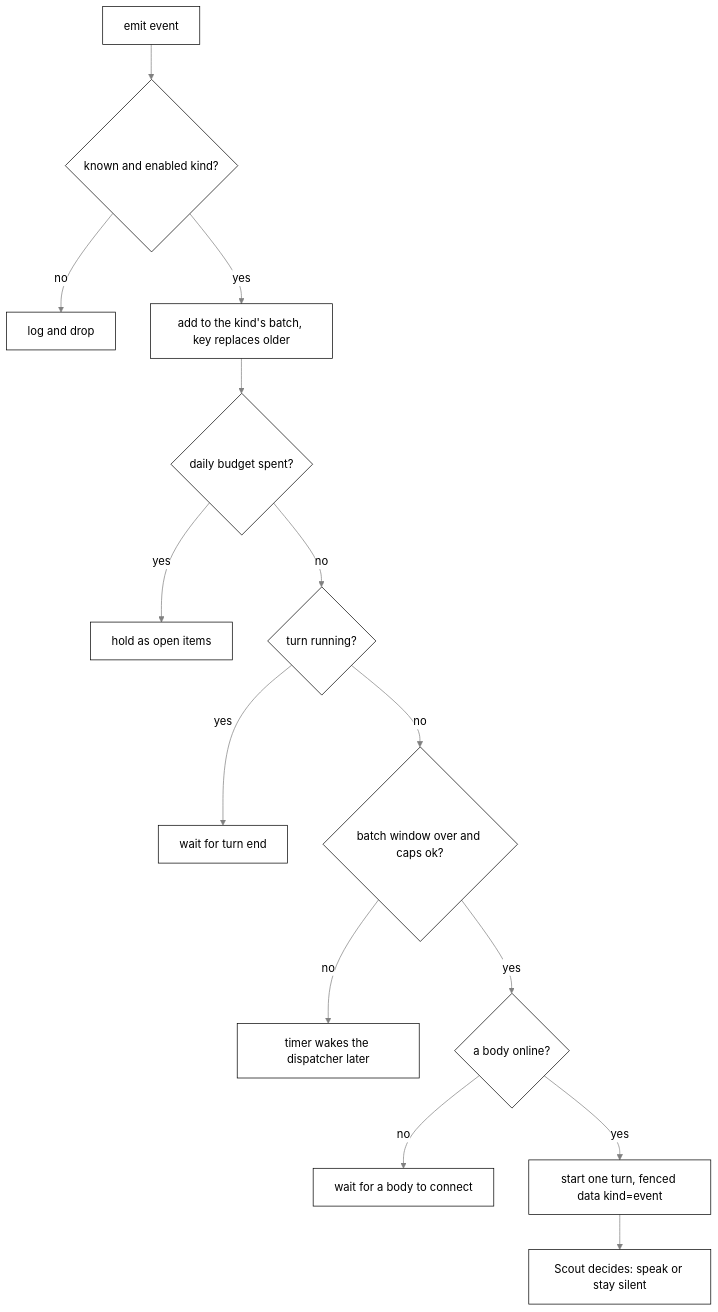
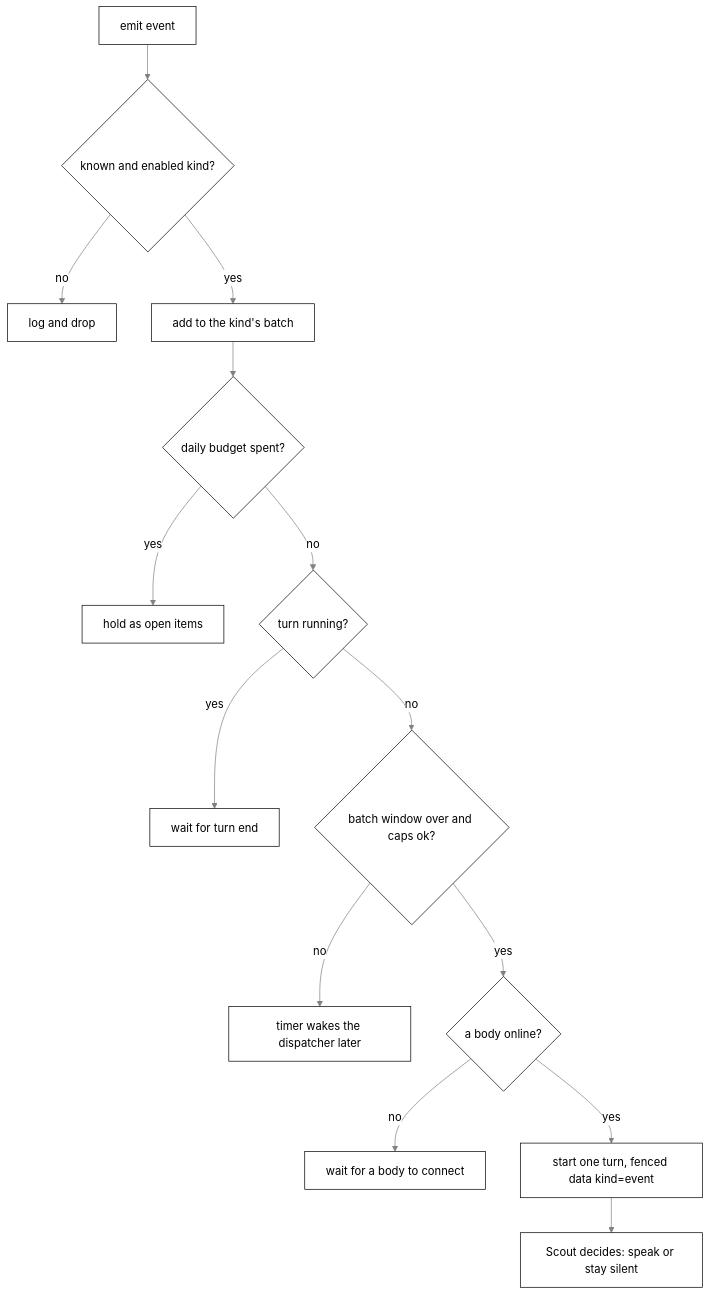
The ninth of 15 diagrams in docs/brain.md (nadeem4/tagalong), drawn with Mermaid before and after one commit. The commit also changed other lines of this file and 55 other files, not shown here.

````diff
--- a/docs/brain.md
+++ b/docs/brain.md
@@ -1622,17 +1626,17 @@
 ```mermaid
 %%{init: {"theme": "base", "themeVariables": {"primaryColor": "#ffffff", "primaryTextColor": "#000000", "primaryBorderColor": "#000000", "lineColor": "#808080", "arrowheadColor": "#808080", "secondaryColor": "#f2f2f2", "tertiaryColor": "#ffffff", "clusterBkg": "#f7f7f7", "clusterBorder": "#808080", "edgeLabelBackground": "#ffffff", "titleColor": "#808080", "actorBkg": "#ffffff", "actorBorder": "#000000", "actorTextColor": "#000000", "actorLineColor": "#808080", "signalColor": "#808080", "signalTextColor": "#808080", "sequenceNumberColor": "#ffffff", "labelBoxBkgColor": "#ffffff", "labelBoxBorderColor": "#808080", "labelTextColor": "#000000", "loopTextColor": "#808080", "noteBkgColor": "#f7f7f7", "noteBorderColor": "#808080", "noteTextColor": "#000000", "activationBkgColor": "#f7f7f7", "activationBorderColor": "#808080", "fontFamily": "Segoe UI, Helvetica, Arial, sans-serif"}}}%%
 flowchart TD
   A[emit event] --> B{known and enabled kind?}
   B -- no --> X[log and drop]
-  B -- yes --> C[add to the kind's batch, key replaces older]
+  B -- yes --> C[add to the kind's batch]
   C --> D{daily budget spent?}
   D -- yes --> X2[hold as open items]
   D -- no --> E{turn running?}
   E -- yes --> W[wait for turn end]
   E -- no --> F{batch window over and caps ok?}
   F -- no --> T[timer wakes the dispatcher later]
   F -- yes --> G{a body online?}
   G -- no --> W2[wait for a body to connect]
   G -- yes --> H[start one turn, fenced data kind=event]
   H --> I[Scout decides: speak or stay silent]
 ```
````
